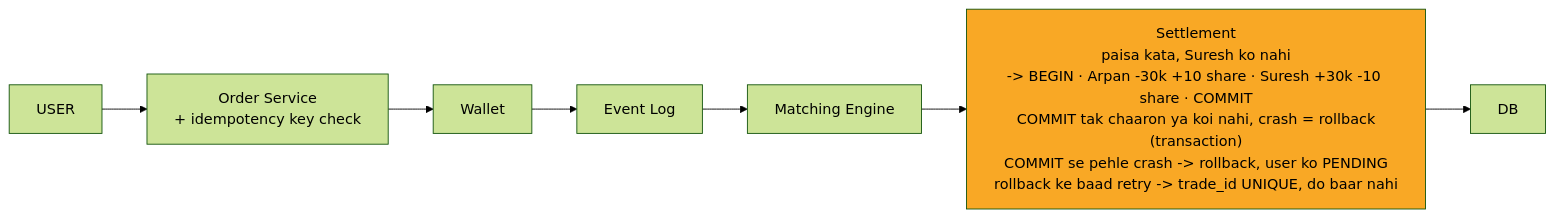
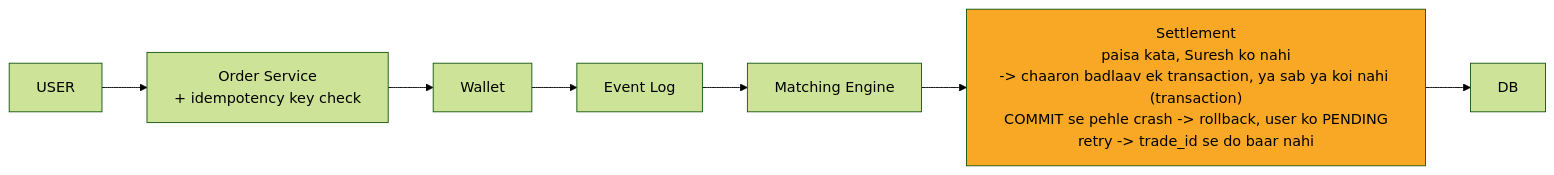
The diagram in 04_HLD/SYSTEM_DESIGNS/05_stock_broker_trading/img/c6.mmd (ArpanMaheshwari144/Prep), drawn with Mermaid (forest theme) before and after one commit. The commit also changed 39 other files, not shown here.

```diff
--- a/04_HLD/SYSTEM_DESIGNS/05_stock_broker_trading/img/c6.mmd
+++ b/04_HLD/SYSTEM_DESIGNS/05_stock_broker_trading/img/c6.mmd
@@ -1,16 +1,16 @@
 %%{init: {"flowchart": {"wrappingWidth": 450}}}%%
 flowchart LR
     n_USER["USER"]
     n_Order_Service["Order Service<br/>+ idempotency key check"]
     n_Wallet["Wallet"]
     n_Event_Log["Event Log"]
     n_Matching_Engine["Matching Engine"]
-    n_Settlement["Settlement<br/>paisa kata, Suresh ko nahi<br/>-> BEGIN · Arpan -30k +10 share · Suresh +30k -10 share · COMMIT<br/>COMMIT tak chaaron ya koi nahi, crash = rollback<br/>(transaction)<br/>COMMIT se pehle crash -> rollback, user ko PENDING<br/>rollback ke baad retry -> trade_id UNIQUE, do baar nahi"]
+    n_Settlement["Settlement<br/>paisa kata, Suresh ko nahi<br/>-> chaaron badlaav ek transaction, ya sab ya koi nahi (transaction)<br/>COMMIT se pehle crash -> rollback, user ko PENDING<br/>retry -> trade_id se do baar nahi"]
     n_DB["DB"]
     n_USER --> n_Order_Service
     n_Order_Service --> n_Wallet
     n_Wallet --> n_Event_Log
     n_Event_Log --> n_Matching_Engine
     n_Matching_Engine --> n_Settlement
     n_Settlement --> n_DB
     style n_Settlement fill:#f9a825,color:#000
```
